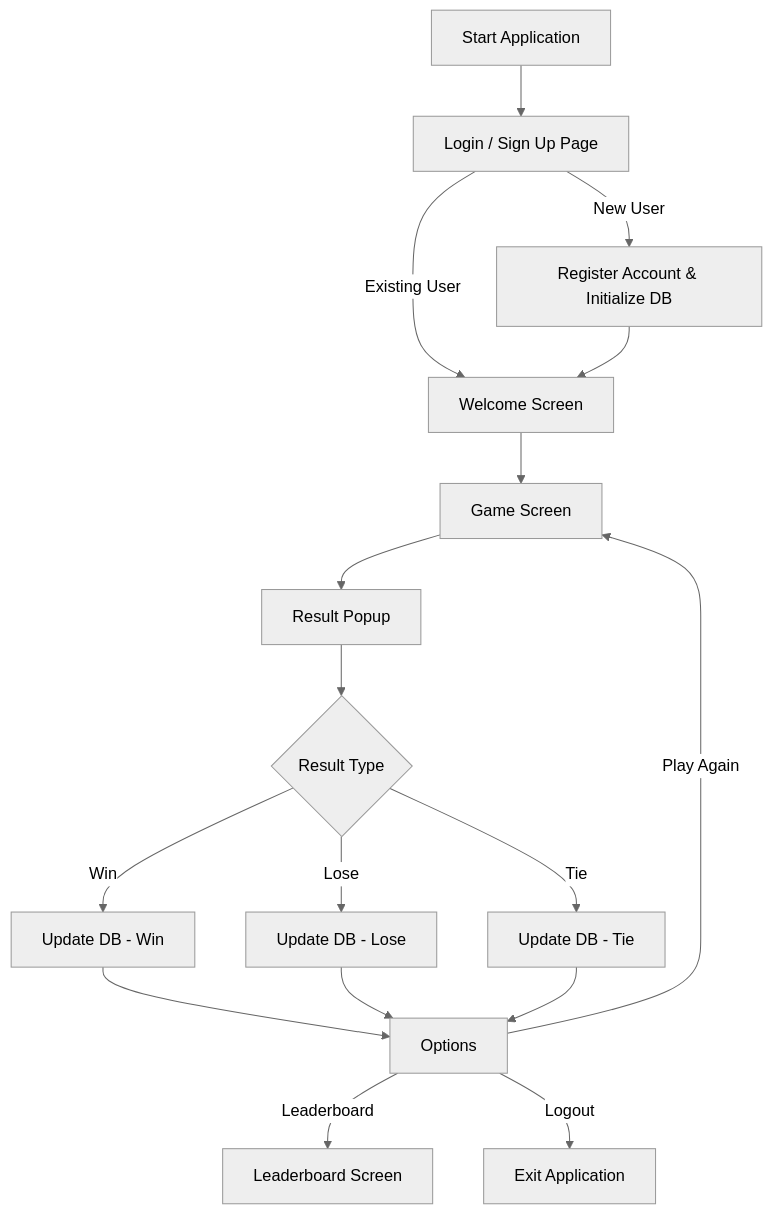
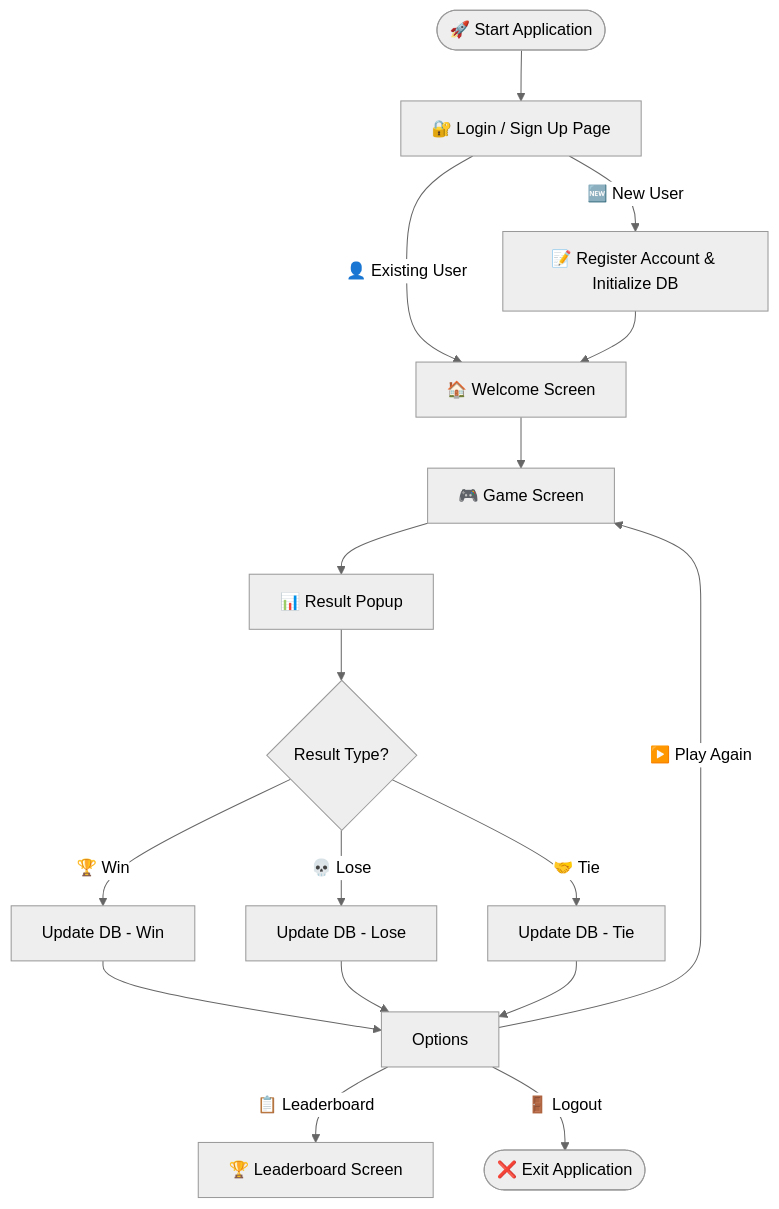
One commit to Subhadip-Paul2006/Games-Using-Python changed the second of 7 diagrams in Rock Paper Scissors/README.md. Above: the diagram before and after it, drawn with Mermaid (neutral theme). The commit also changed other lines of this file and 10 other files, not shown here.

````diff
--- a/Rock Paper Scissors/README.md
+++ b/Rock Paper Scissors/README.md
@@ -95,28 +73,27 @@
 ```mermaid
 flowchart TD
+    A([🚀 Start Application]) --> B[🔐 Login / Sign Up Page]
 
-A[Start Application] --> B[Login / Sign Up Page]
+    B -- "🆕 New User" --> C[📝 Register Account & Initialize DB]
+    B -- "👤 Existing User" --> D[🏠 Welcome Screen]
 
-B -->|New User| C[Register Account & Initialize DB]
-B -->|Existing User| D[Welcome Screen]
+    C --> D
 
-C --> D
+    D --> E[🎮 Game Screen]
 
-D --> E[Game Screen]
+    E --> F[📊 Result Popup]
 
-E --> F[Result Popup]
+    F --> G{Result Type?}
 
-F --> G{Result Type}
+    G -- "🏆 Win"  --> H[Update DB - Win]
+    G -- "💀 Lose" --> I[Update DB - Lose]
+    G -- "🤝 Tie"  --> J[Update DB - Tie]
 
-G -->|Win| H[Update DB - Win]
-G -->|Lose| I[Update DB - Lose]
-G -->|Tie| J[Update DB - Tie]
+    H --> K[Options]
+    I --> K
+    J --> K
 
-H --> K[Options]
-I --> K
-J --> K
-
-K -->|Play Again| E
-K -->|Leaderboard| L[Leaderboard Screen]
-K -->|Logout| M[Exit Application]
+    K -- "▶️ Play Again"    --> E
+    K -- "📋 Leaderboard"  --> L[🏆 Leaderboard Screen]
+    K -- "🚪 Logout"       --> M([❌ Exit Application])
 ```
````
